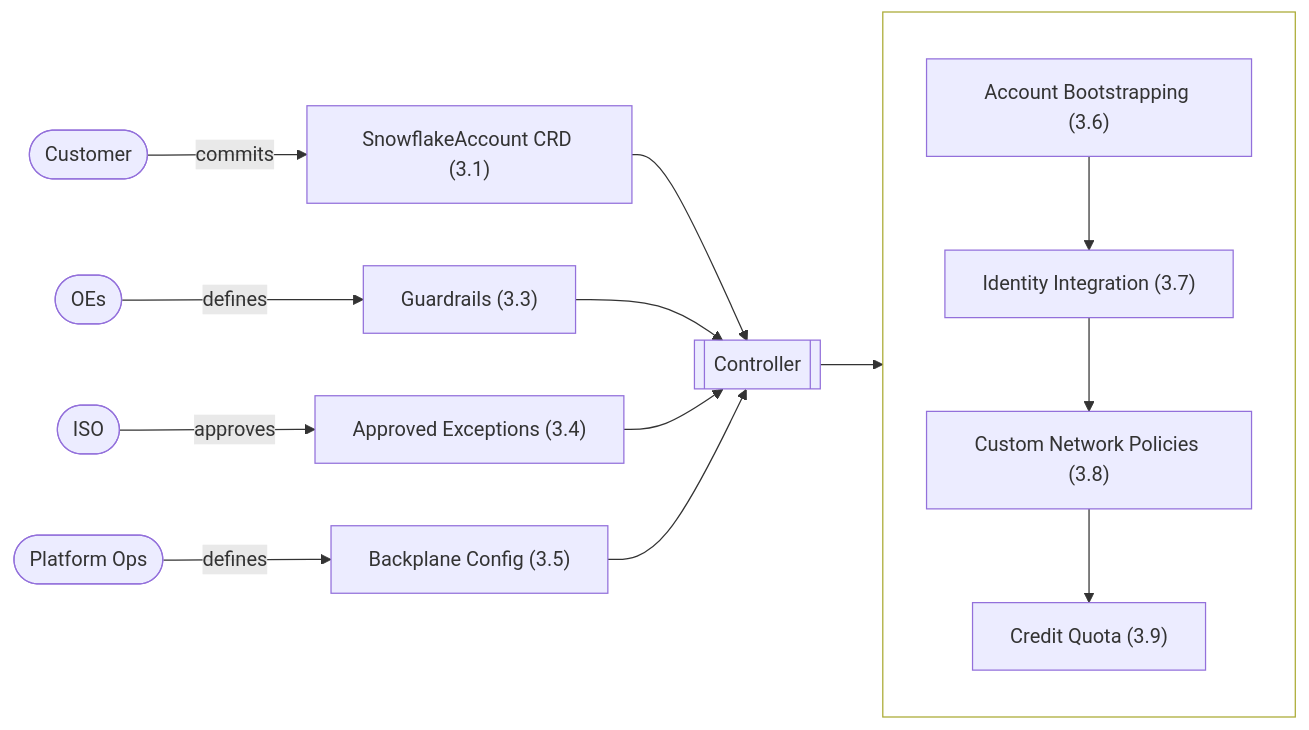
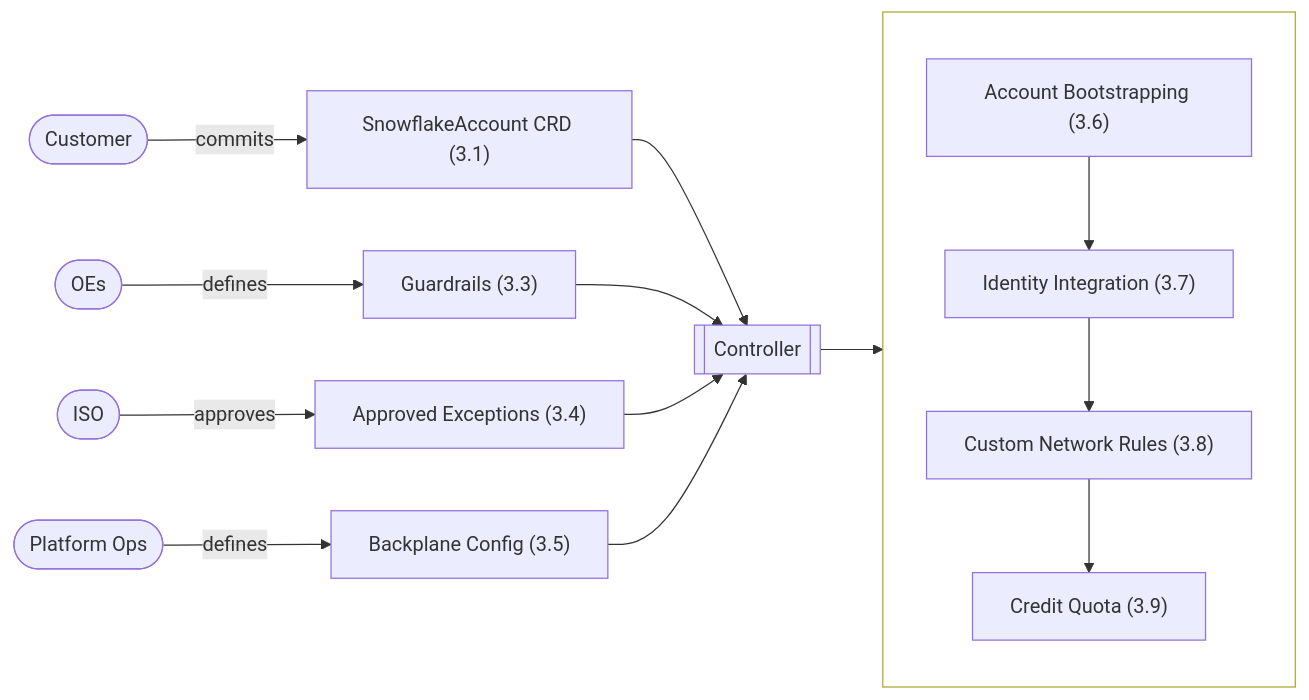
One commit to allianz/yukimi changed the diagram in specs/design.md. Above: the diagram before and after it, drawn with Mermaid. The commit also changed other lines of this file and 1 other file, not shown here.

````diff
--- a/specs/design.md
+++ b/specs/design.md
@@ -149,23 +150,23 @@
 ```mermaid
 flowchart LR
     Customer([Customer]) -->|commits| CRD["SnowflakeAccount CRD (3.1)"]
     OEs([OEs]) -->|defines| Guardrails["Guardrails (3.3)"]
     ISO([ISO]) -->|approves| Exceptions["Approved Exceptions (3.4)"]
     Ops([Platform Ops]) -->|defines| BackplaneConfig["Backplane Config (3.5)"]
 
     CRD --> Controller[[Controller]]
     Guardrails --> Controller
     Exceptions --> Controller
     BackplaneConfig --> Controller
 
     Controller --> CreateFlow
 
     subgraph createFlowGroup [" "]
         direction TB
         CreateFlow["Account Bootstrapping (3.6)"] --> IdentityIntegration["Identity Integration (3.7)"]
-        IdentityIntegration --> NetworkPolicies["Custom Network Policies (3.8)"]
-        NetworkPolicies --> CreditQuota["Credit Quota (3.9)"]
+        IdentityIntegration --> NetworkRules["Custom Network Rules (3.8)"]
+        NetworkRules --> CreditQuota["Credit Quota (3.9)"]
     end
 
     style createFlowGroup fill:transparent
 ```
````
